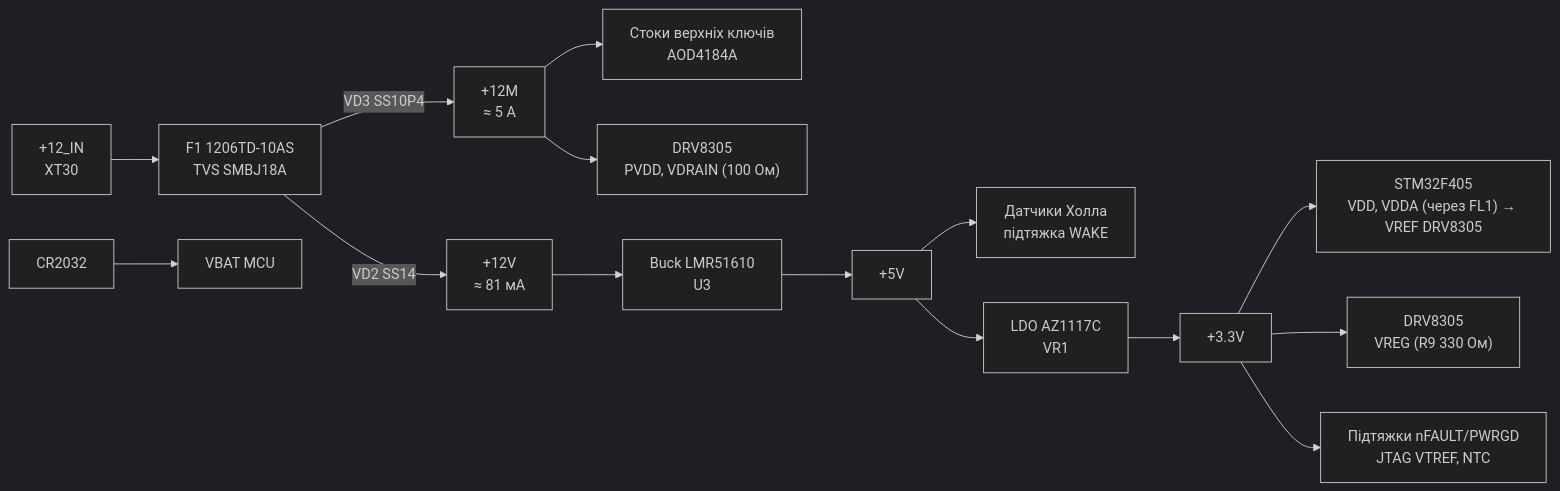
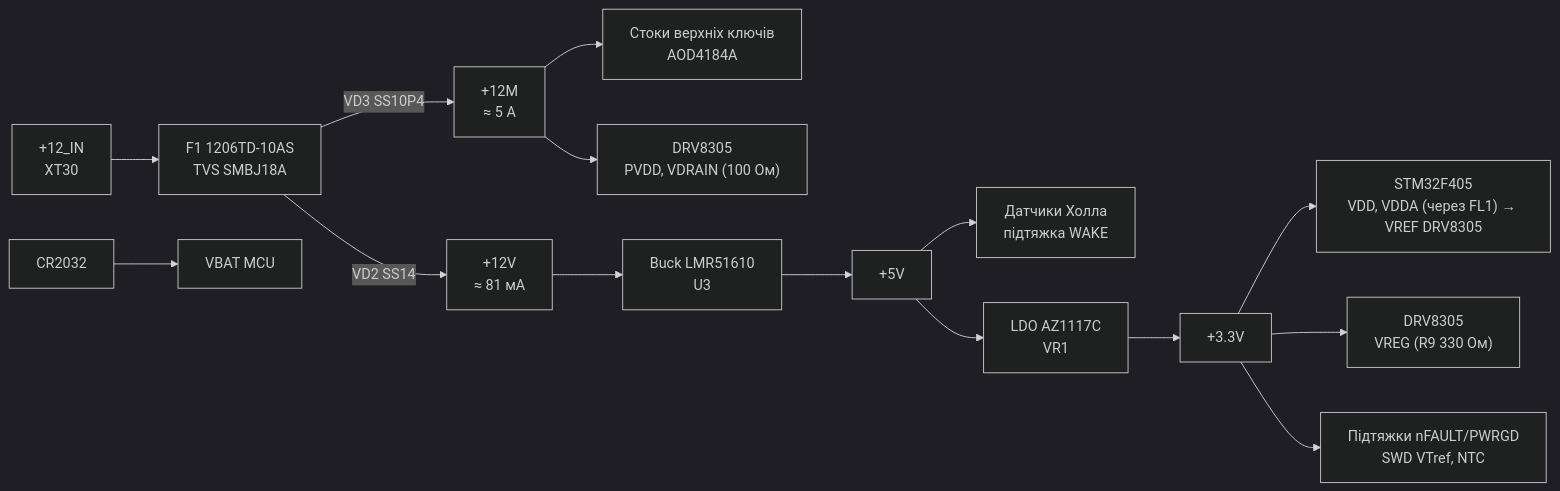
One commit to anhro/hardware-development changed the second of 2 diagrams in motor-drive-controller/docs/architecture.md. Above: the diagram before and after it, drawn with Mermaid (dark theme). The commit also changed other lines of this file and 8 other files, not shown here.

````diff
--- a/motor-drive-controller/docs/architecture.md
+++ b/motor-drive-controller/docs/architecture.md
@@ -33,17 +33,17 @@
 ```mermaid
 flowchart LR
     IN["+12_IN<br/>XT30"] --> F1["F1 1206TD-10AS<br/>TVS SMBJ18A"]
     F1 -- "VD3 SS10P4" --> V12M["+12M<br/>≈ 5 А"]
     F1 -- "VD2 SS14" --> V12["+12V<br/>≈ 81 мА"]
     V12M --> Q["Стоки верхніх ключів<br/>AOD4184A"]
     V12M --> PVDD["DRV8305<br/>PVDD, VDRAIN (100 Ом)"]
     V12 --> BUCK["Buck LMR51610<br/>U3"]
     BUCK --> V5["+5V"]
     V5 --> HALL["Датчики Холла<br/>підтяжка WAKE"]
     V5 --> LDO["LDO AZ1117C<br/>VR1"]
     LDO --> V33["+3.3V"]
     V33 --> MCUP["STM32F405<br/>VDD, VDDA (через FL1) → VREF DRV8305"]
     V33 --> DRVL["DRV8305<br/>VREG (R9 330 Ом)"]
-    V33 --> PU["Підтяжки nFAULT/PWRGD<br/>JTAG VTREF, NTC"]
+    V33 --> PU["Підтяжки nFAULT/PWRGD<br/>SWD VTref, NTC"]
     BAT["CR2032"] --> VBAT["VBAT MCU"]
 ```
````
